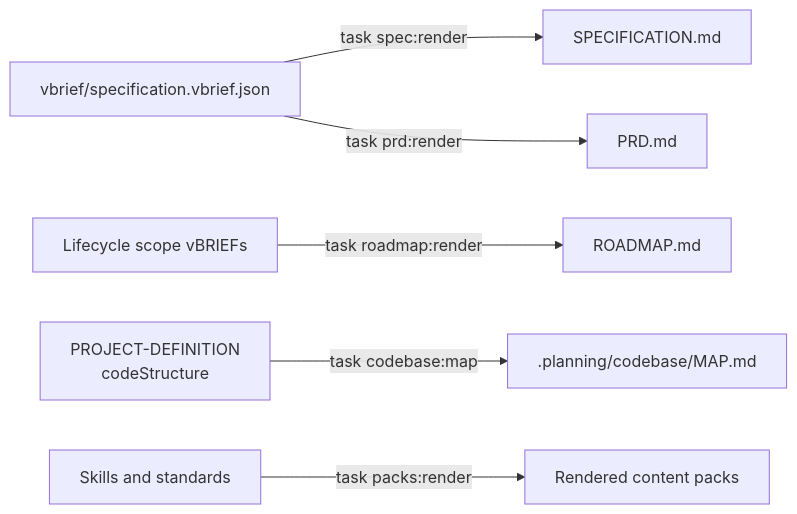
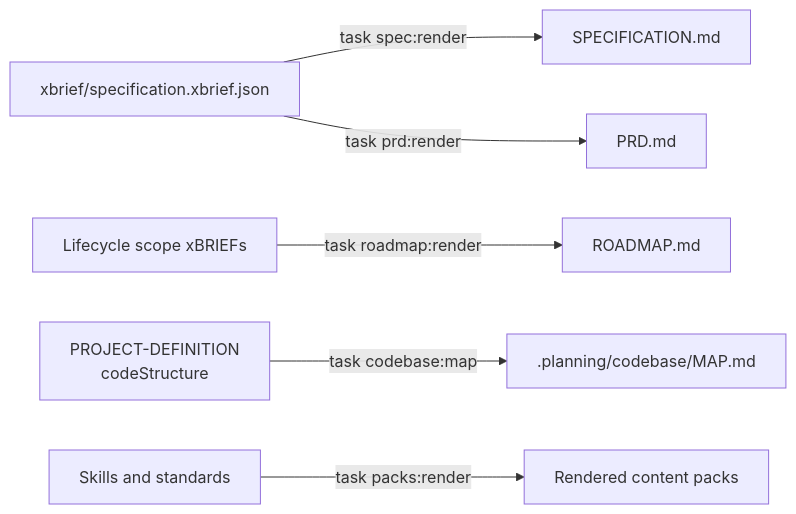
One commit to deftai/directive changed the third of 7 diagrams in docs/ARCHITECTURE.md. Above: the diagram before and after it, drawn with Mermaid. The commit also changed other lines of this file and 9 other files, not shown here.

````diff
--- a/docs/ARCHITECTURE.md
+++ b/docs/ARCHITECTURE.md
@@ -79,8 +81,8 @@
 ```mermaid
 flowchart LR
-    S["vbrief/specification.vbrief.json"] -->|"task spec:render"| SM["SPECIFICATION.md"]
+    S["xbrief/specification.xbrief.json"] -->|"task spec:render"| SM["SPECIFICATION.md"]
     S -->|"task prd:render"| PRD["PRD.md"]
-    L["Lifecycle scope vBRIEFs"] -->|"task roadmap:render"| RM["ROADMAP.md"]
+    L["Lifecycle scope xBRIEFs"] -->|"task roadmap:render"| RM["ROADMAP.md"]
     P["PROJECT-DEFINITION<br/>codeStructure"] -->|"task codebase:map"| MAP[".planning/codebase/MAP.md"]
     Skills["Skills and standards"] -->|"task packs:render"| Packs["Rendered content packs"]
 ```
````
